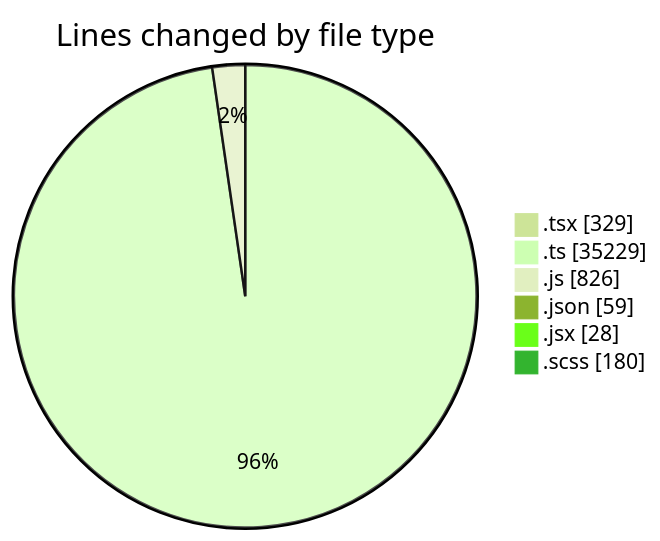
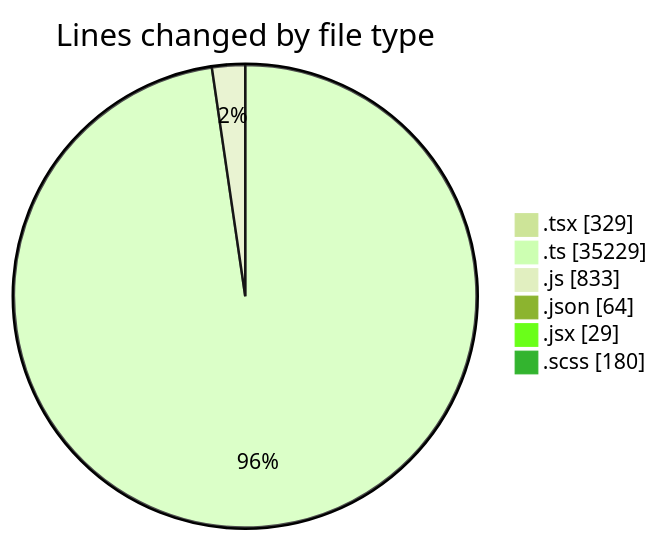
One commit to momahboobian/code-tracking changed the first of 2 diagrams in 2025-12-17/cda/README.md. Above: the diagram before and after it, drawn with Mermaid (forest theme). The commit also changed other lines of this file and 1 other file, not shown here.

````diff
--- a/2025-12-17/cda/README.md
+++ b/2025-12-17/cda/README.md
@@ -44,10 +44,10 @@
 ```mermaid
 pie showData
 title Lines changed by file type
 ".tsx" : 329
 ".ts" : 35229
-".js" : 826
-".json" : 59
-".jsx" : 28
+".js" : 833
+".json" : 64
+".jsx" : 29
 ".scss" : 180
 ```
````
